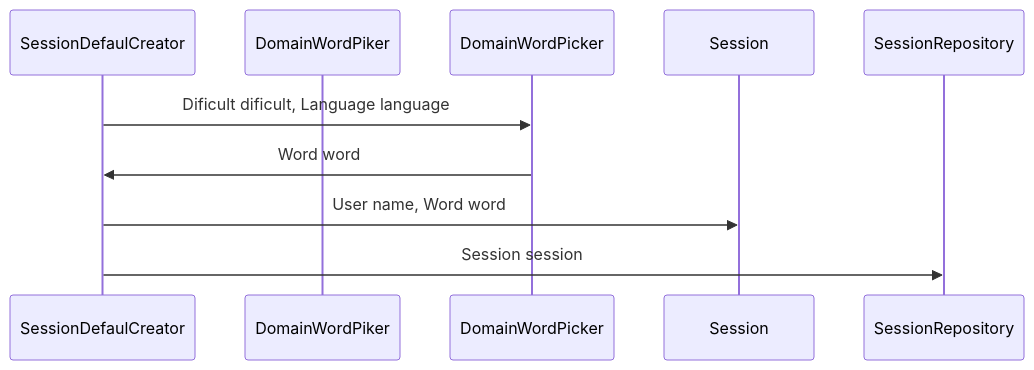
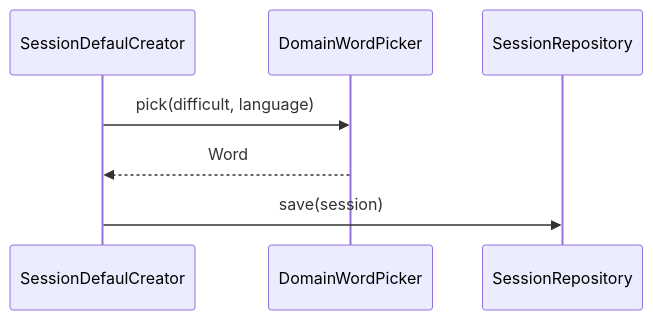
One commit to ezevillafae/hangman changed the diagram in docs/services/application/session-default-creator.md. Above: the diagram before and after it, drawn with Mermaid. The commit also changed other lines of this file and 2 other files, not shown here.

`````diff
--- a/docs/services/application/session-default-creator.md
+++ b/docs/services/application/session-default-creator.md
@@ -10,9 +10,8 @@
 ````mermaid
 sequenceDiagram
     participant SessionDefaulCreator
-    participant DomainWordPiker
-    SessionDefaulCreator ->> DomainWordPicker: Dificult dificult, Language language
-    DomainWordPicker ->> SessionDefaulCreator: Word word
-    SessionDefaulCreator ->> Session: User name, Word word
-    SessionDefaulCreator ->> SessionRepository: Session session
+    participant DomainWordPicker
+    SessionDefaulCreator ->> DomainWordPicker: pick(difficult, language)
+    DomainWordPicker -->> SessionDefaulCreator: Word
+    SessionDefaulCreator ->> SessionRepository: save(session)
 ````
`````
